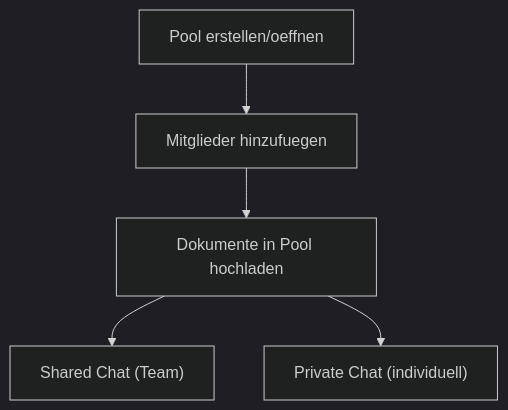
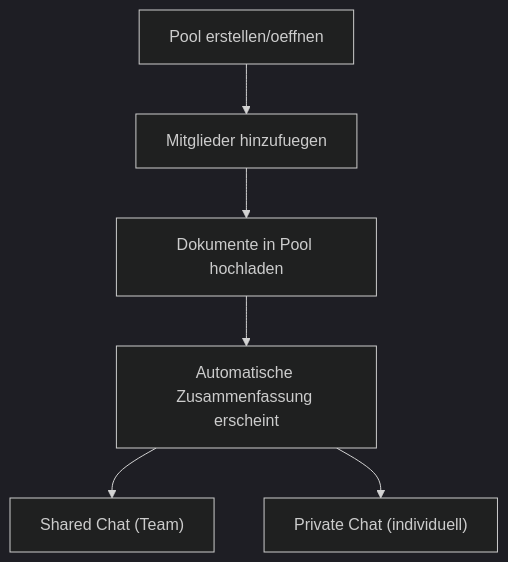
One commit to christian-rost/xqt5-ai-plattform changed the second of 2 diagrams in docs/ANWENDER-QUICKSTART.md. Above: the diagram before and after it, drawn with Mermaid (dark theme). The commit also changed other lines of this file and 1 other file, not shown here.

````diff
--- a/docs/ANWENDER-QUICKSTART.md
+++ b/docs/ANWENDER-QUICKSTART.md
@@ -82,7 +84,8 @@
 ```mermaid
 flowchart TD
     A["Pool erstellen/oeffnen"] --> B["Mitglieder hinzufuegen"]
     B --> C["Dokumente in Pool hochladen"]
-    C --> D["Shared Chat (Team)"]
-    C --> E["Private Chat (individuell)"]
+    C --> D["Automatische Zusammenfassung erscheint"]
+    D --> E["Shared Chat (Team)"]
+    D --> F["Private Chat (individuell)"]
 ```
````
